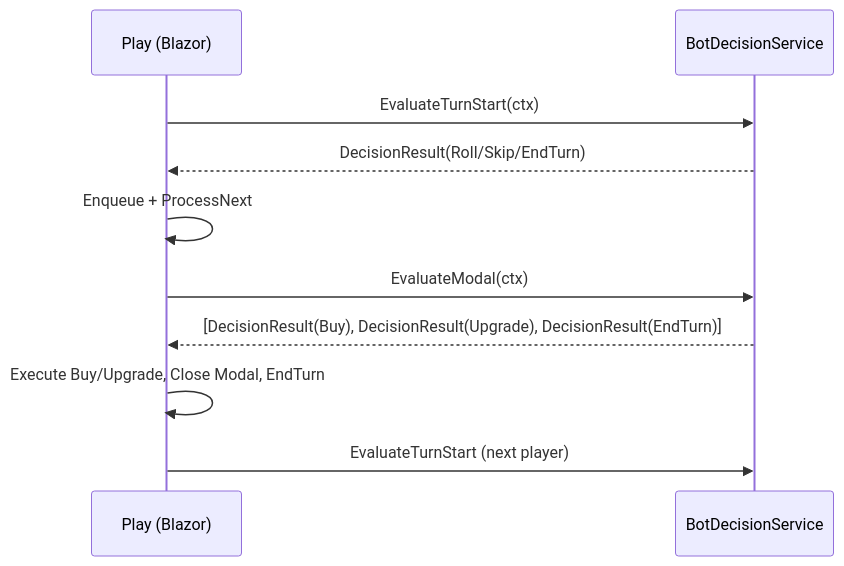
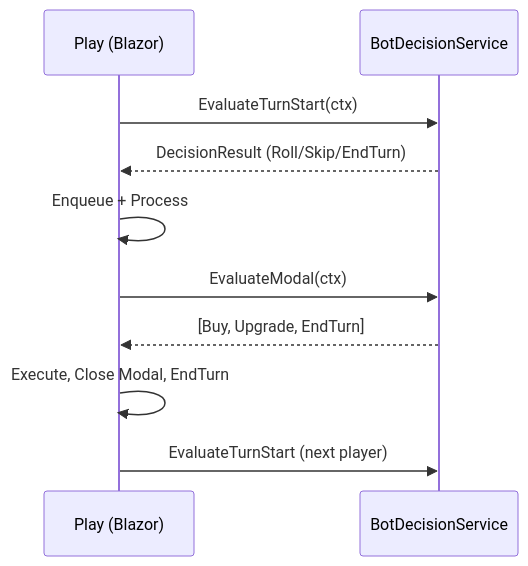
Before and after one commit to felipepassion/UFF.Monopoly: the fourth of 4 diagrams in BOT_LOGICA_BOT_MODE_ASK.md, drawn with Mermaid. The commit also changed other lines of this file, not shown here.

````diff
--- a/BOT_LOGICA_BOT_MODE_ASK.md
+++ b/BOT_LOGICA_BOT_MODE_ASK.md
@@ -210,12 +211,12 @@
 ```mermaid
 sequenceDiagram
     participant UI as Play (Blazor)
     participant S as BotDecisionService
     UI->>S: EvaluateTurnStart(ctx)
-    S-->>UI: DecisionResult(Roll/Skip/EndTurn)
-    UI->>UI: Enqueue + ProcessNext
+    S-->>UI: DecisionResult (Roll/Skip/EndTurn)
+    UI->>UI: Enqueue + Process
     UI->>S: EvaluateModal(ctx)
-    S-->>UI: [DecisionResult(Buy), DecisionResult(Upgrade), DecisionResult(EndTurn)]
-    UI->>UI: Execute Buy/Upgrade, Close Modal, EndTurn
+    S-->>UI: [Buy, Upgrade, EndTurn]
+    UI->>UI: Execute, Close Modal, EndTurn
     UI->>S: EvaluateTurnStart (next player)
 ```
````
